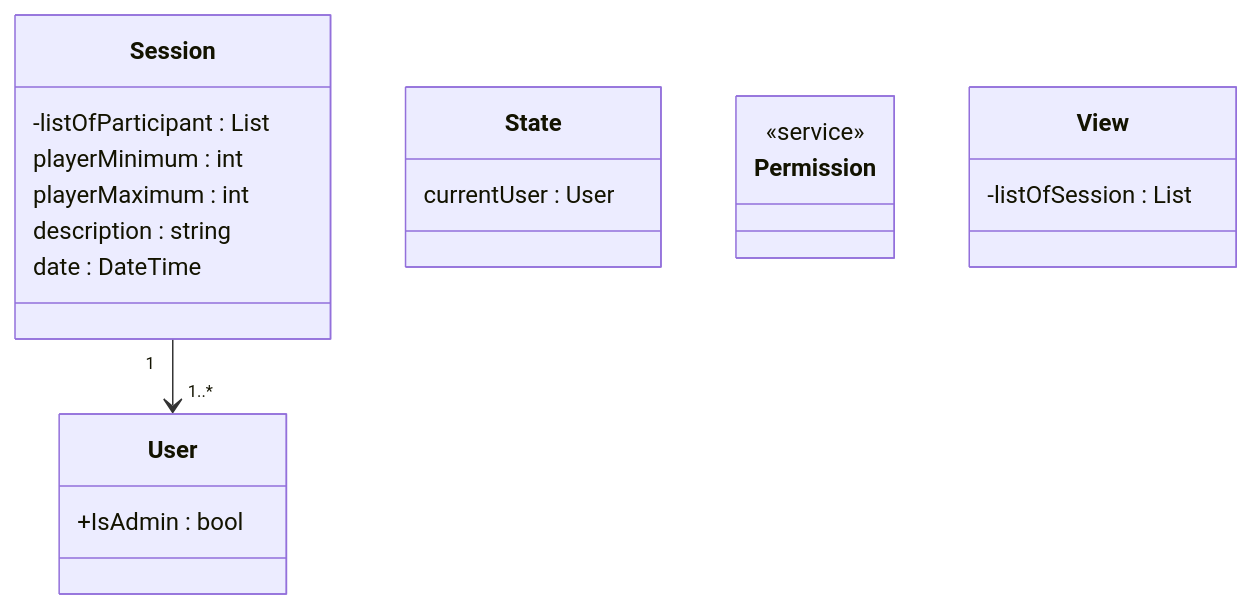
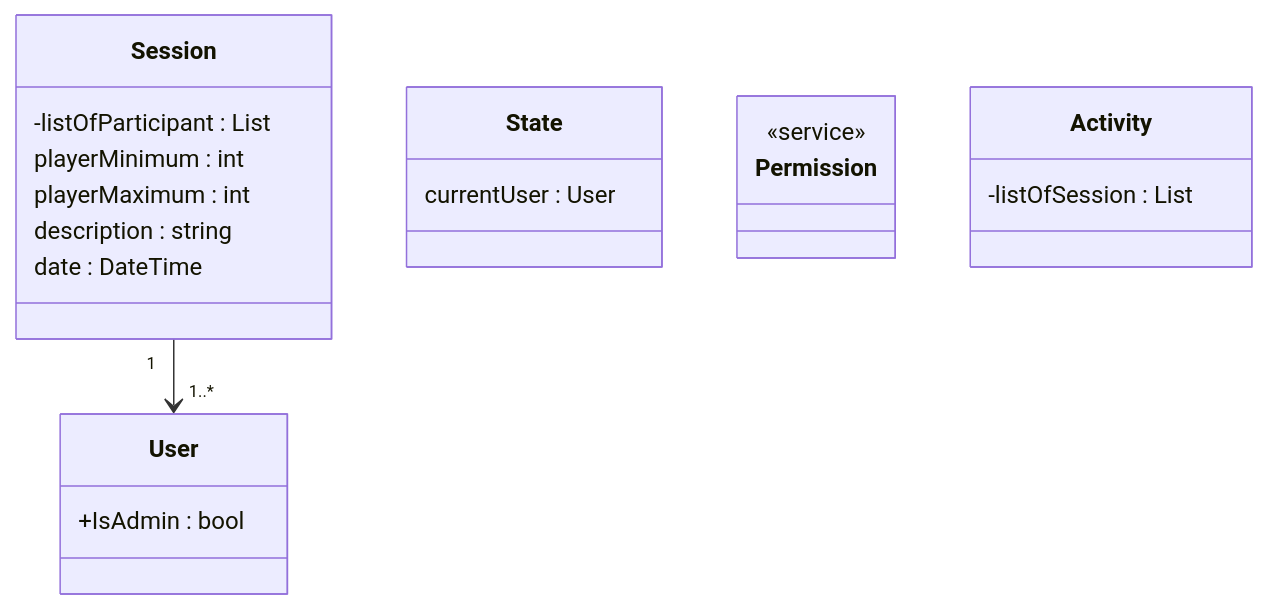
The third of 3 diagrams in 02 notes/Klassediagram.md (MatiasHeiberg/1.semesterprojekt), drawn with Mermaid before and after one commit. The commit also changed 2 other files, not shown here.

Commit message:
Sekvensdiagram

````diff
--- a/02 notes/Klassediagram.md
+++ b/02 notes/Klassediagram.md
@@ -96,32 +96,32 @@
 ```mermaid
 classDiagram
 
 %% Class definitions
 class Session {
     -listOfParticipant : List<User>
 	playerMinimum : int 
 	playerMaximum : int
 	description : string
 	date : DateTime
 	
 }
 class User {
 	+IsAdmin : bool
 	
 }
 class State {
 	currentUser : User
 }
 %% Serviceklasse til at håndtere rettigheds kald i systemmet.
 class Permission {
 	<<service>>
 }
 
-class View {
+class Activity {
 	-listOfSession : List<Session>
 }
 %% Class relationships
 Session "1" --> "1..*" User
 
 
 ```
````
